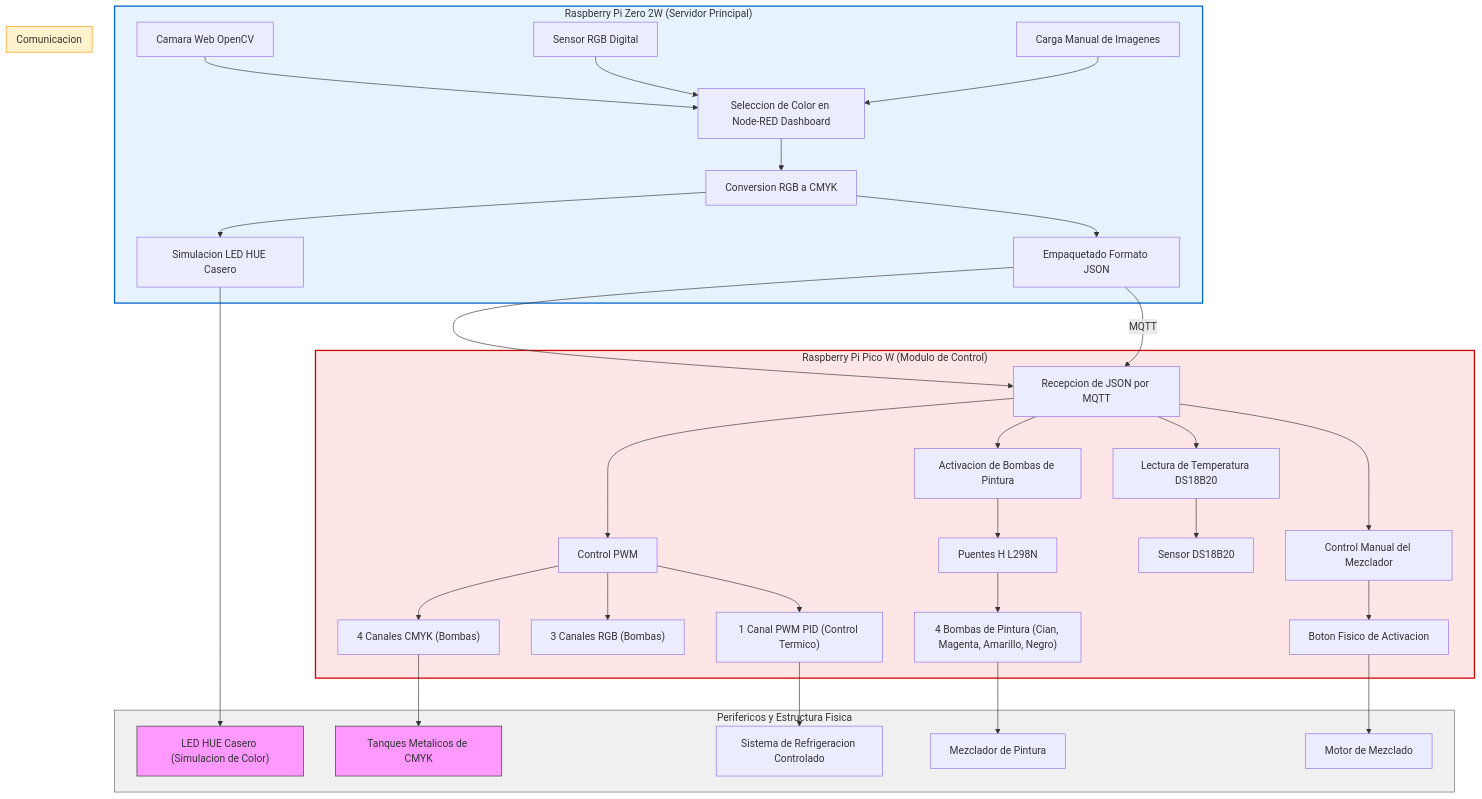
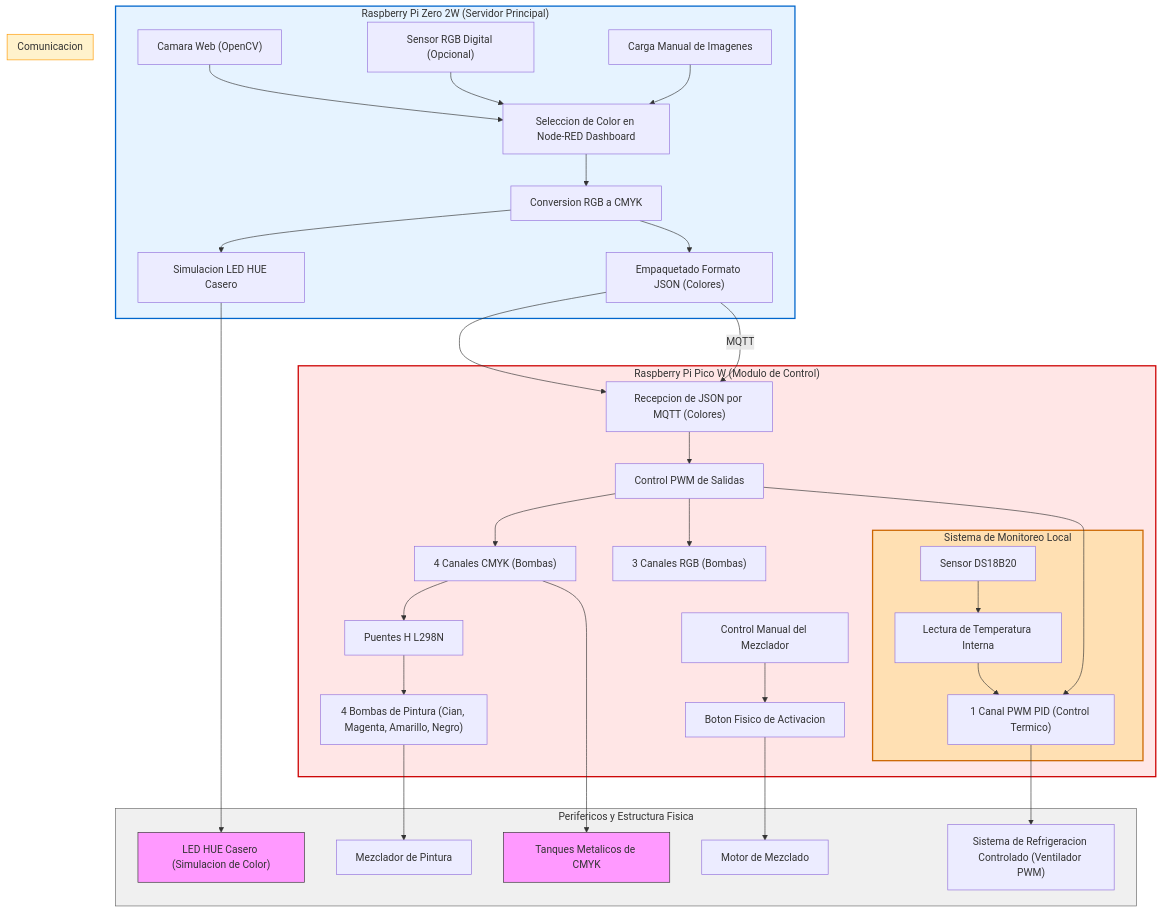
One commit to juandsandoval8/ChromaPID changed the diagram in diagrama_MQTT.md. Above: the diagram before and after it, drawn with Mermaid.

````diff
--- a/diagrama_MQTT.md
+++ b/diagrama_MQTT.md
@@ -1,58 +1,59 @@
 ```mermaid
 flowchart TD
     %% ================= MAESTRO (Raspberry Pi Zero 2W) =================
     subgraph Maestro["Raspberry Pi Zero 2W (Servidor Principal)"]
-        A["Camara Web OpenCV"] --> B["Seleccion de Color en Node-RED Dashboard"]
-        C["Sensor RGB Digital"] --> B
+        A["Camara Web (OpenCV)"] --> B["Seleccion de Color en Node-RED Dashboard"]
+        C["Sensor RGB Digital (Opcional)"] --> B
         D["Carga Manual de Imagenes"] --> B
         B --> E["Conversion RGB a CMYK"]
         E --> F["Simulacion LED HUE Casero"]
-        E --> G["Empaquetado Formato JSON"]
+        E --> G["Empaquetado Formato JSON (Colores)"]
     end
 
     %% ================= ESCLAVO (Raspberry Pi Pico W) =================
     subgraph Esclavo["Raspberry Pi Pico W (Modulo de Control)"]
-        G --> H["Recepcion de JSON por MQTT"]
-        H --> I["Control PWM"]
-        H --> J["Lectura de Temperatura DS18B20"]
-        H --> K["Activacion de Bombas de Pintura"]
-        H --> L["Control Manual del Mezclador"]
+        G --> H["Recepcion de JSON por MQTT (Colores)"]
+        H --> I["Control PWM de Salidas"]
 
         %% PWM
         I --> M["4 Canales CMYK (Bombas)"]
         I --> N["3 Canales RGB (Bombas)"]
         I --> O["1 Canal PWM PID (Control Termico)"]
 
-        %% Termico
-        J --> P["Sensor DS18B20"]
+        %% Lectura de Temperatura (Local)
+        subgraph Temperatura["Sistema de Monitoreo Local"]
+            J["Sensor DS18B20"] --> P["Lectura de Temperatura Interna"]
+            P --> O
+        end
 
         %% Bombas
-        K --> R["Puentes H L298N"]
+        M --> R["Puentes H L298N"]
         R --> S["4 Bombas de Pintura (Cian, Magenta, Amarillo, Negro)"]
 
         %% Mezclador
-        L --> T["Boton Fisico de Activacion"]
+        L["Control Manual del Mezclador"] --> T["Boton Fisico de Activacion"]
     end
 
     %% ================= PERIFERICOS =================
     subgraph Perifericos["Perifericos y Estructura Fisica"]
         F --> U["LED HUE Casero (Simulacion de Color)"]
         M --> V["Tanques Metalicos de CMYK"]
-        O --> W["Sistema de Refrigeracion Controlado"]
+        O --> W["Sistema de Refrigeracion Controlado (Ventilador PWM)"]
         S --> Y["Mezclador de Pintura"]
         T --> Z["Motor de Mezclado"]
     end
 
     %% ================= COMUNICACION =================
     subgraph Comunicacion["Comunicacion"]
         G -->|MQTT| H
     end
 
     %% ================= ESTILOS =================
     style Maestro fill:#e6f3ff,stroke:#0066cc,stroke-width:2px
     style Esclavo fill:#ffe6e6,stroke:#cc0000,stroke-width:2px
+    style Temperatura fill:#ffe0b3,stroke:#cc6600,stroke-width:2px
     style Perifericos fill:#f0f0f0,stroke:#666,stroke-width:1px
     style Comunicacion fill:#fff2cc,stroke:#ff9900,stroke-width:1px
     style V fill:#f9f,stroke:#333
     style U fill:#f9f,stroke:#333
 ```
````
